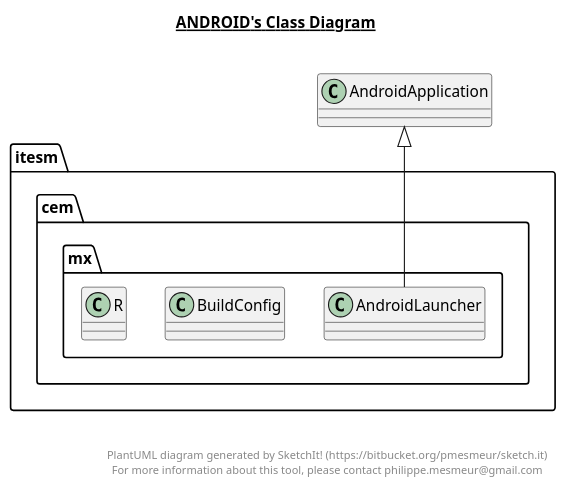
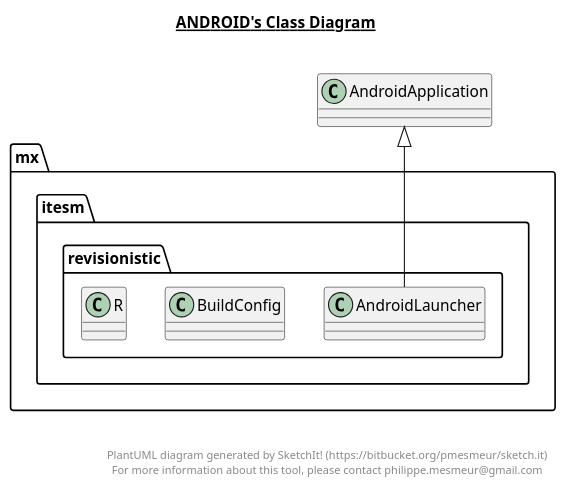
The diagram in android/android.plantuml (hd170998/RevisionisticVideogame), drawn with PlantUML before and after one commit. The commit also changed 30 other files, not shown here.

```diff
--- a/android/android.plantuml
+++ b/android/android.plantuml
@@ -1,33 +1,33 @@
 @startuml
 
 title __ANDROID's Class Diagram__\n
 
-  package itesm.cem.mx {
+  package mx.itesm.revisionistic {
     class AndroidLauncher {
     }
   }
   
 
-  package itesm.cem.mx {
+  package mx.itesm.revisionistic {
     class BuildConfig {
     }
   }
   
 
-  package itesm.cem.mx {
+  package mx.itesm.revisionistic {
     class R {
     }
   }
   
 
   AndroidLauncher -up-|> AndroidApplication
 
 
 right footer
 
 
 PlantUML diagram generated by SketchIt! (https://bitbucket.org/pmesmeur/sketch.it)
 For more information about this tool, please contact philippe.mesmeur@gmail.com
 endfooter
 
 @enduml
```
